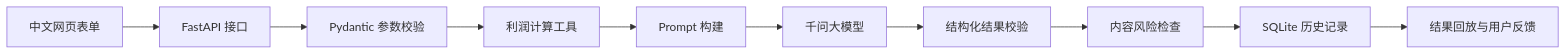
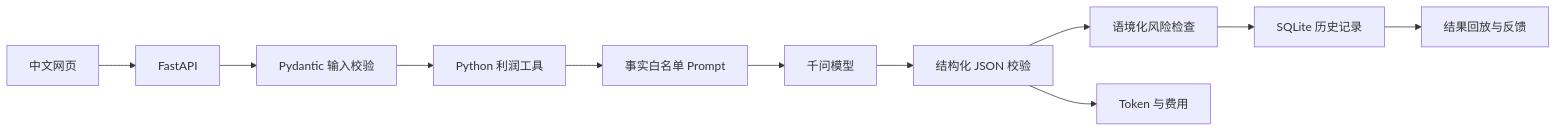
The diagram in README.md (sqiqia/ecommerce-ai-agent), drawn with Mermaid before and after one commit. The commit also changed other lines of this file and 10 other files, not shown here.

````diff
--- a/README.md
+++ b/README.md
@@ -35,12 +26,13 @@
 ```mermaid
 flowchart LR
-    A["中文网页表单"] --> B["FastAPI 接口"]
-    B --> C["Pydantic 参数校验"]
-    C --> D["利润计算工具"]
-    D --> E["Prompt 构建"]
-    E --> F["千问大模型"]
-    F --> G["结构化结果校验"]
-    G --> H["内容风险检查"]
+    A["中文网页"] --> B["FastAPI"]
+    B --> C["Pydantic 输入校验"]
+    C --> D["Python 利润工具"]
+    D --> E["事实白名单 Prompt"]
+    E --> F["千问模型"]
+    F --> G["结构化 JSON 校验"]
+    G --> H["语境化风险检查"]
     H --> I["SQLite 历史记录"]
-    I --> J["结果回放与用户反馈"]
+    I --> J["结果回放与反馈"]
+    G --> K["Token 与费用"]
 ```
````
